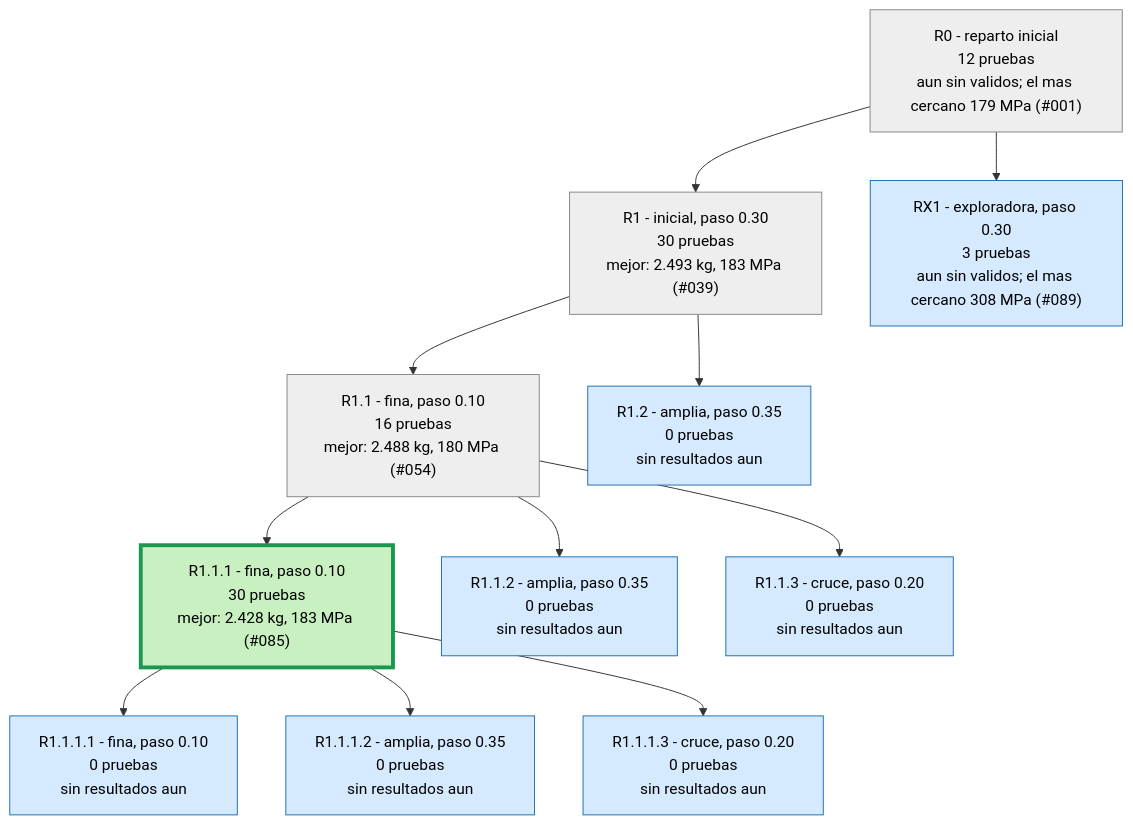
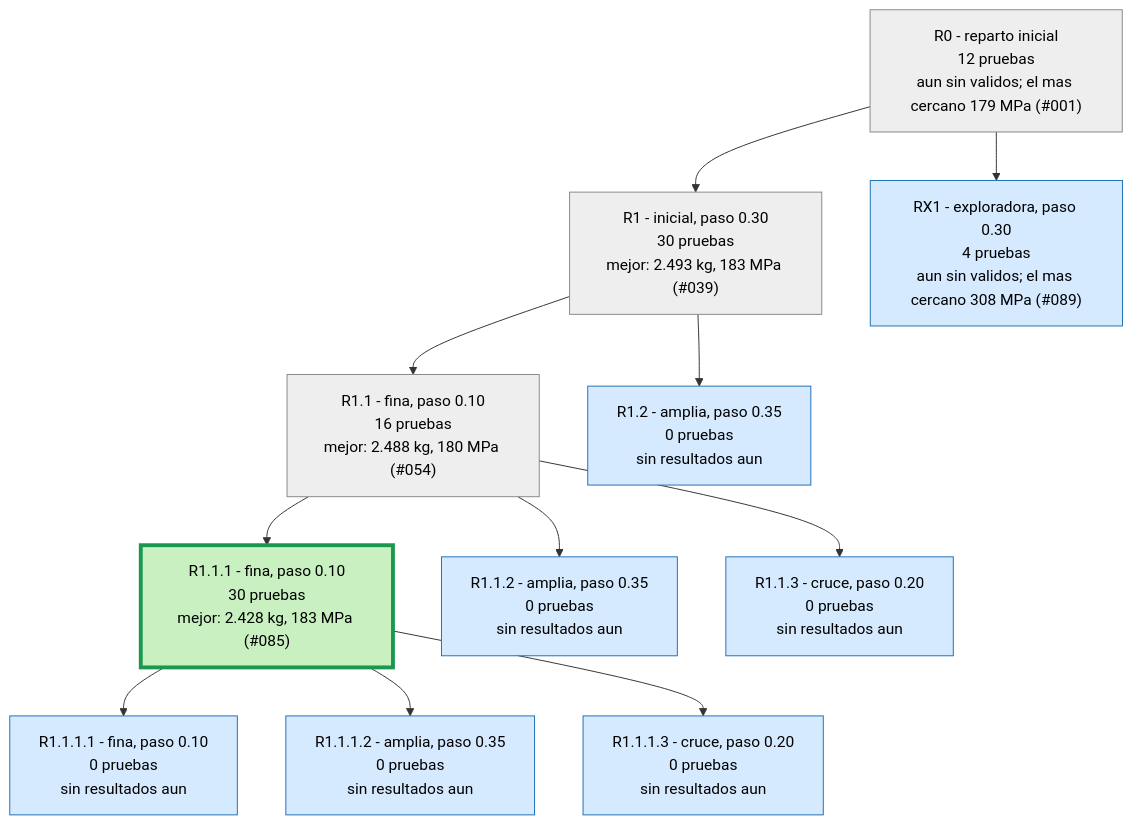
Before and after one commit to Hugiko/msd-soporte-optimizacion: the second of 3 diagrams in runs/opt_37800N/ARBOL.md, drawn with Mermaid. The commit also changed 14 other files, not shown here.

````diff
--- a/runs/opt_37800N/ARBOL.md
+++ b/runs/opt_37800N/ARBOL.md
@@ -25,27 +25,27 @@
 ```mermaid
 graph TD
 classDef activa fill:#d6eaff,stroke:#1f6fb5,color:#000
 classDef fin fill:#eeeeee,stroke:#888,color:#000
 classDef mejor fill:#c8f0c0,stroke:#1a9850,stroke-width:4px,color:#000
 R0["R0 - reparto inicial<br/>12 pruebas<br/>aun sin validos; el mas cercano 179 MPa (#001)"]:::fin
 R1["R1 - inicial, paso 0.30<br/>30 pruebas<br/>mejor: 2.493 kg, 183 MPa (#039)"]:::fin
 R0 --> R1
 R1_1["R1.1 - fina, paso 0.10<br/>16 pruebas<br/>mejor: 2.488 kg, 180 MPa (#054)"]:::fin
 R1 --> R1_1
 R1_2["R1.2 - amplia, paso 0.35<br/>0 pruebas<br/>sin resultados aun"]:::activa
 R1 --> R1_2
 R1_1_1["R1.1.1 - fina, paso 0.10<br/>30 pruebas<br/>mejor: 2.428 kg, 183 MPa (#085)"]:::mejor
 R1_1 --> R1_1_1
 R1_1_2["R1.1.2 - amplia, paso 0.35<br/>0 pruebas<br/>sin resultados aun"]:::activa
 R1_1 --> R1_1_2
 R1_1_3["R1.1.3 - cruce, paso 0.20<br/>0 pruebas<br/>sin resultados aun"]:::activa
 R1_1 --> R1_1_3
 R1_1_1_1["R1.1.1.1 - fina, paso 0.10<br/>0 pruebas<br/>sin resultados aun"]:::activa
 R1_1_1 --> R1_1_1_1
 R1_1_1_2["R1.1.1.2 - amplia, paso 0.35<br/>0 pruebas<br/>sin resultados aun"]:::activa
 R1_1_1 --> R1_1_1_2
 R1_1_1_3["R1.1.1.3 - cruce, paso 0.20<br/>0 pruebas<br/>sin resultados aun"]:::activa
 R1_1_1 --> R1_1_1_3
-RX1["RX1 - exploradora, paso 0.30<br/>3 pruebas<br/>aun sin validos; el mas cercano 308 MPa (#089)"]:::activa
+RX1["RX1 - exploradora, paso 0.30<br/>4 pruebas<br/>aun sin validos; el mas cercano 308 MPa (#089)"]:::activa
 R0 --> RX1
 ```
````
